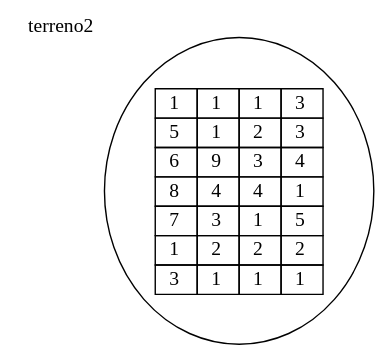
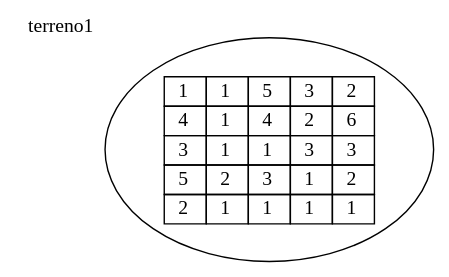
The diagram in g.dot (KevfG/IPC2_Proyecto1_201700653), drawn with Graphviz before and after one commit. The commit also changed 7 other files, not shown here.

```diff
--- a/g.dot
+++ b/g.dot
@@ -1,15 +1,13 @@
 digraph H {
 	a[
 		label = <
 		<TABLE BORDER = "0" CELLBORDER = "1" CELLSPACING = "0" >
-		<TR><TD WIDTH = '30'>1</TD><TD WIDTH = '30'>1</TD><TD WIDTH = '30'>1</TD><TD WIDTH = '30'>3</TD></TR>
-<TR><TD WIDTH = '30'>5</TD><TD WIDTH = '30'>1</TD><TD WIDTH = '30'>2</TD><TD WIDTH = '30'>3</TD></TR>
-<TR><TD WIDTH = '30'>6</TD><TD WIDTH = '30'>9</TD><TD WIDTH = '30'>3</TD><TD WIDTH = '30'>4</TD></TR>
-<TR><TD WIDTH = '30'>8</TD><TD WIDTH = '30'>4</TD><TD WIDTH = '30'>4</TD><TD WIDTH = '30'>1</TD></TR>
-<TR><TD WIDTH = '30'>7</TD><TD WIDTH = '30'>3</TD><TD WIDTH = '30'>1</TD><TD WIDTH = '30'>5</TD></TR>
-<TR><TD WIDTH = '30'>1</TD><TD WIDTH = '30'>2</TD><TD WIDTH = '30'>2</TD><TD WIDTH = '30'>2</TD></TR>
-<TR><TD WIDTH = '30'>3</TD><TD WIDTH = '30'>1</TD><TD WIDTH = '30'>1</TD><TD WIDTH = '30'>1</TD></TR>
+		<TR><TD WIDTH = '30'>1</TD><TD WIDTH = '30'>1</TD><TD WIDTH = '30'>5</TD><TD WIDTH = '30'>3</TD><TD WIDTH = '30'>2</TD></TR>
+<TR><TD WIDTH = '30'>4</TD><TD WIDTH = '30'>1</TD><TD WIDTH = '30'>4</TD><TD WIDTH = '30'>2</TD><TD WIDTH = '30'>6</TD></TR>
+<TR><TD WIDTH = '30'>3</TD><TD WIDTH = '30'>1</TD><TD WIDTH = '30'>1</TD><TD WIDTH = '30'>3</TD><TD WIDTH = '30'>3</TD></TR>
+<TR><TD WIDTH = '30'>5</TD><TD WIDTH = '30'>2</TD><TD WIDTH = '30'>3</TD><TD WIDTH = '30'>1</TD><TD WIDTH = '30'>2</TD></TR>
+<TR><TD WIDTH = '30'>2</TD><TD WIDTH = '30'>1</TD><TD WIDTH = '30'>1</TD><TD WIDTH = '30'>1</TD><TD WIDTH = '30'>1</TD></TR>
 
-		</TABLE >> xlabel = "terreno2"
+		</TABLE >> xlabel = "terreno1"
 	]
 }
```
